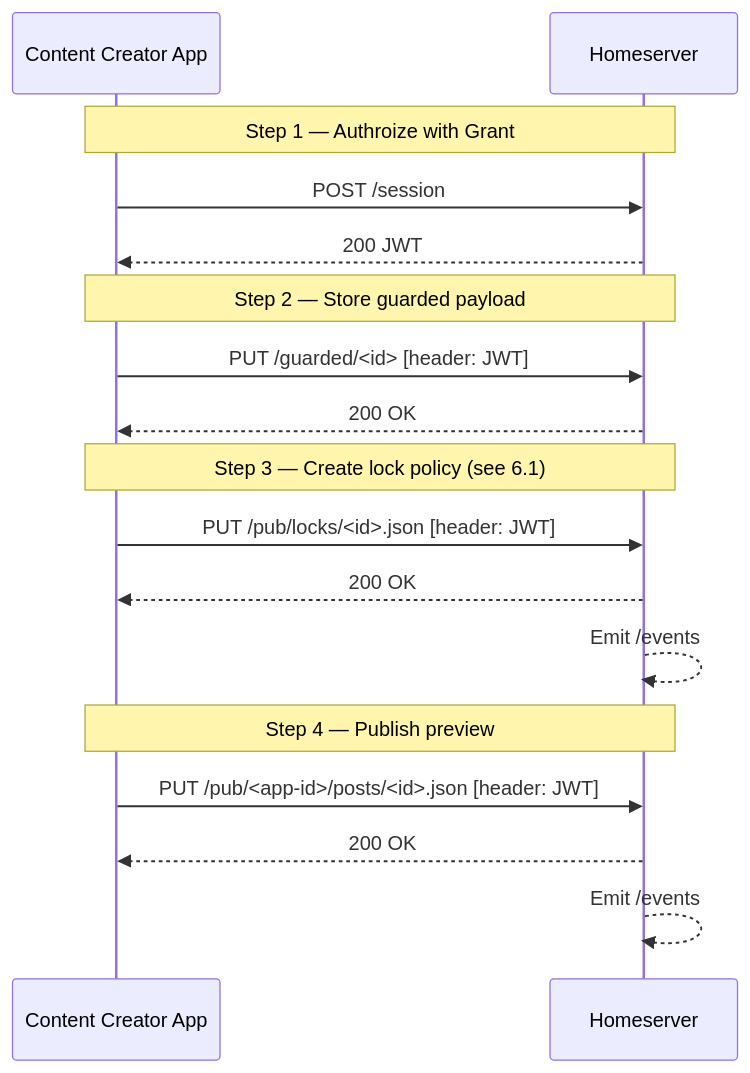
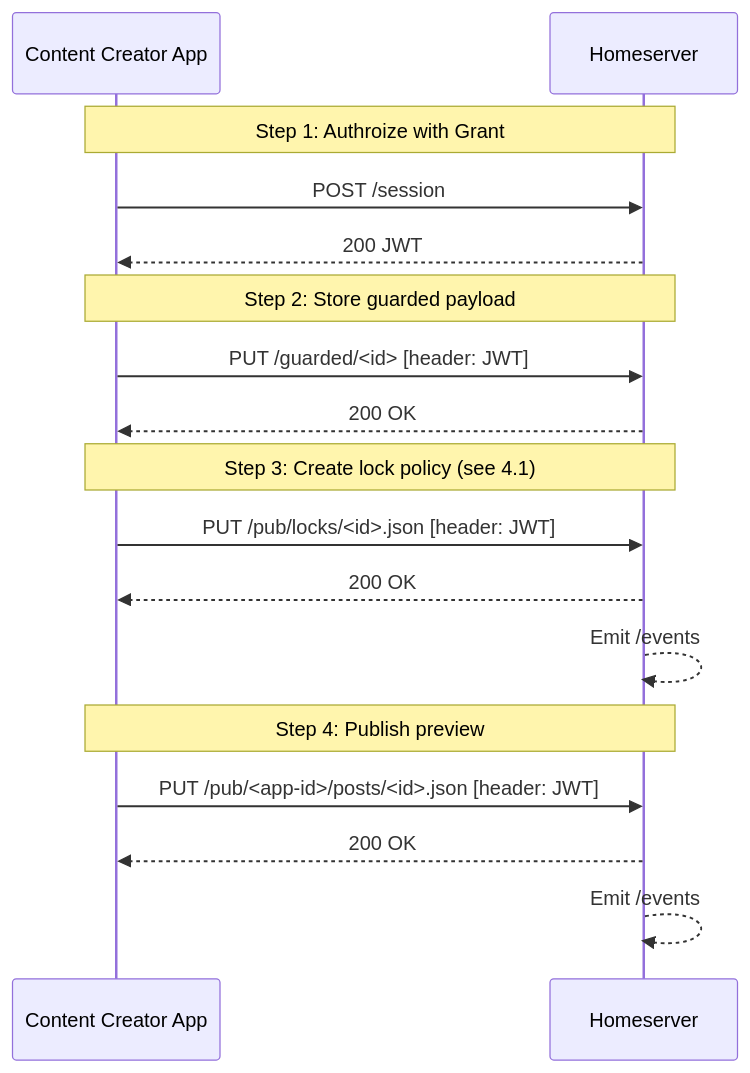
One commit to BitcoinErrorLog/pubky-locks changed the first of 2 diagrams in lock_server.md. Above: the diagram before and after it, drawn with Mermaid. The commit also changed other lines of this file, not shown here.

Commit message:
lock server proxy view: updated

````diff
--- a/lock_server.md
+++ b/lock_server.md
@@ -86,26 +85,26 @@
 ```mermaid
 sequenceDiagram
   participant C as Content Creator App
   participant H as Homeserver
 
-  Note over C,H: Step 1 — Authroize with Grant
+  Note over C,H: Step 1: Authroize with Grant
   C->>H: POST /session
   H-->>C: 200 JWT
 
-  Note over C,H: Step 2 — Store guarded payload
+  Note over C,H: Step 2: Store guarded payload
   C->>H: PUT /guarded/<id> [header: JWT]
   H-->>C: 200 OK
 
-  Note over C,H: Step 3 — Create lock policy (see 6.1)
+  Note over C,H: Step 3: Create lock policy (see 4.1)
   C->>H: PUT /pub/locks/<id>.json [header: JWT]
   H-->>C: 200 OK
 
   H-->>H: Emit /events
 
-  Note over C,H: Step 4 — Publish preview
+  Note over C,H: Step 4: Publish preview
   C->>H: PUT /pub/<app-id>/posts/<id>.json [header: JWT]
   H-->>C: 200 OK
 
   H-->>H: Emit /events
 
 ```
````
